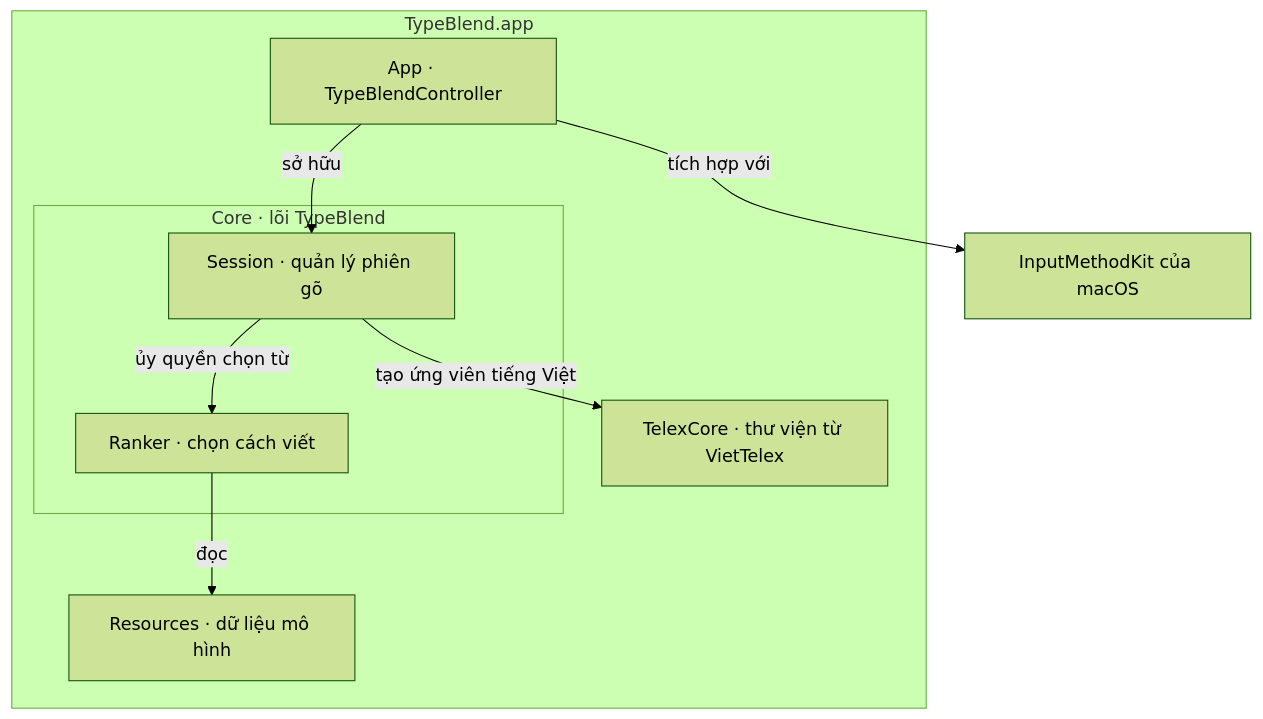
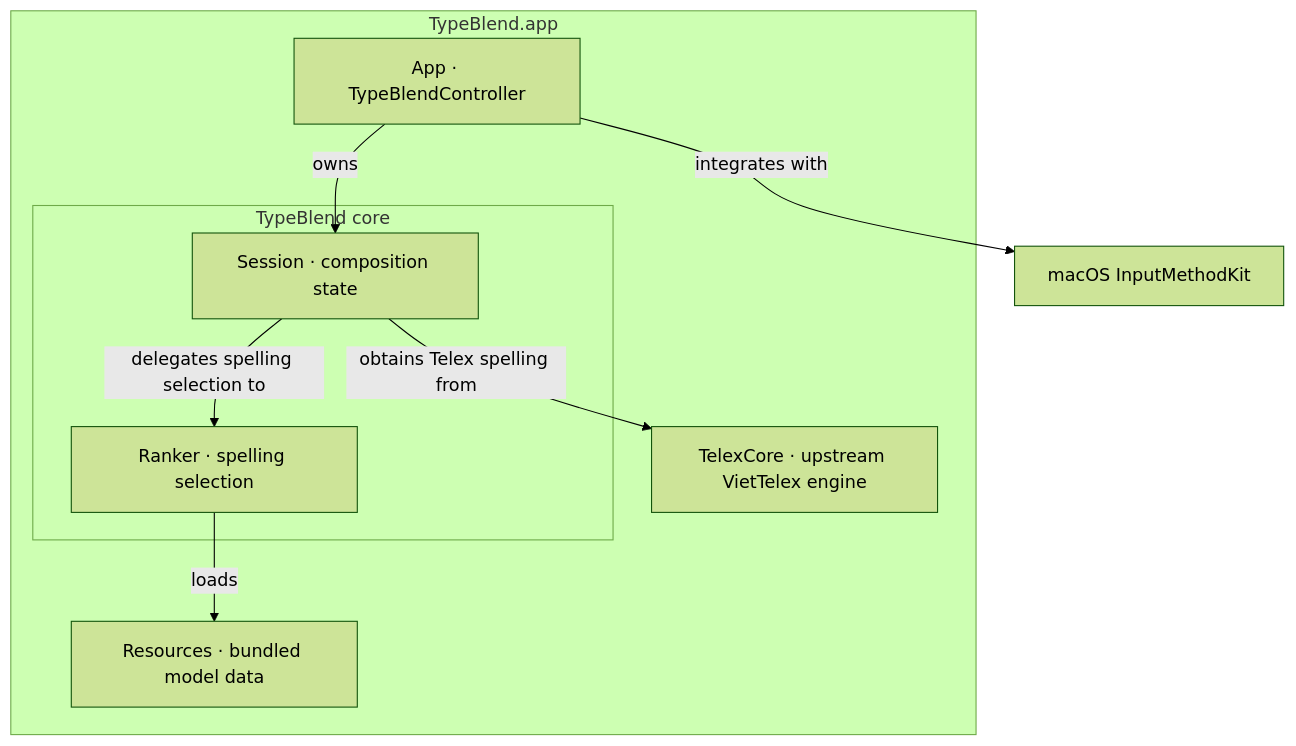
Before and after one commit to sonmai/TypeBlend: the diagram in README.md, drawn with Mermaid (forest theme). The commit also changed other lines of this file, not shown here.

Commit message:
Document TypeBlend in English

````diff
--- a/README.md
+++ b/README.md
@@ -15,18 +15,18 @@
 ```mermaid
 flowchart TB
-    mac["InputMethodKit của macOS"]
+    mac["macOS InputMethodKit"]
     subgraph bundle["TypeBlend.app"]
         adapter["App · TypeBlendController"]
-        subgraph core["Core · lõi TypeBlend"]
-            session["Session · quản lý phiên gõ"]
-            ranker["Ranker · chọn cách viết"]
+        subgraph core["TypeBlend core"]
+            session["Session · composition state"]
+            ranker["Ranker · spelling selection"]
         end
-        telex["TelexCore · thư viện từ VietTelex"]
-        assets["Resources · dữ liệu mô hình"]
+        telex["TelexCore · upstream VietTelex engine"]
+        assets["Resources · bundled model data"]
     end
-    adapter -->|tích hợp với| mac
-    adapter -->|sở hữu| session
-    session -->|tạo ứng viên tiếng Việt| telex
-    session -->|ủy quyền chọn từ| ranker
-    ranker -->|đọc| assets
+    adapter -->|integrates with| mac
+    adapter -->|owns| session
+    session -->|obtains Telex spelling from| telex
+    session -->|delegates spelling selection to| ranker
+    ranker -->|loads| assets
 ```
````
